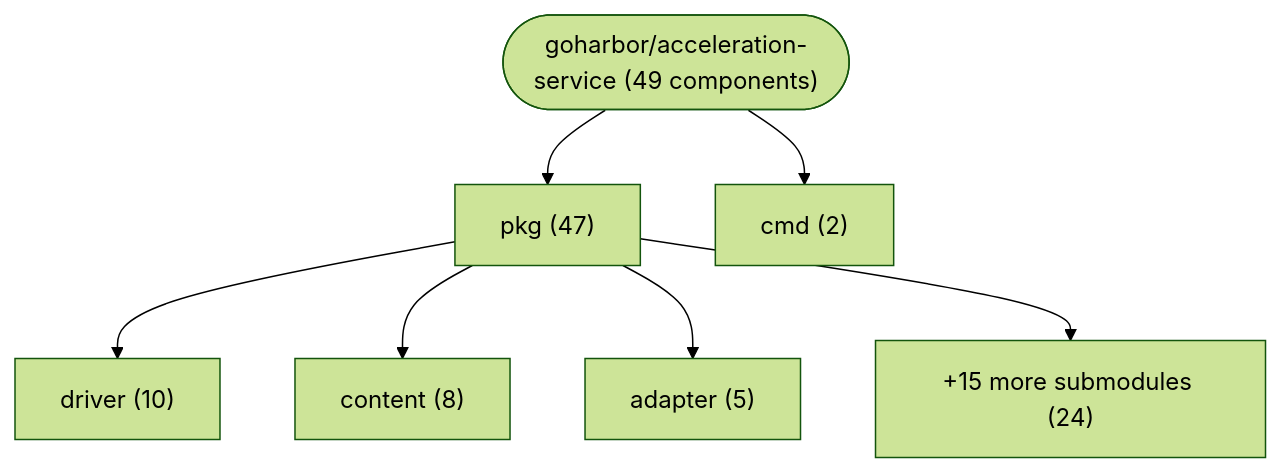
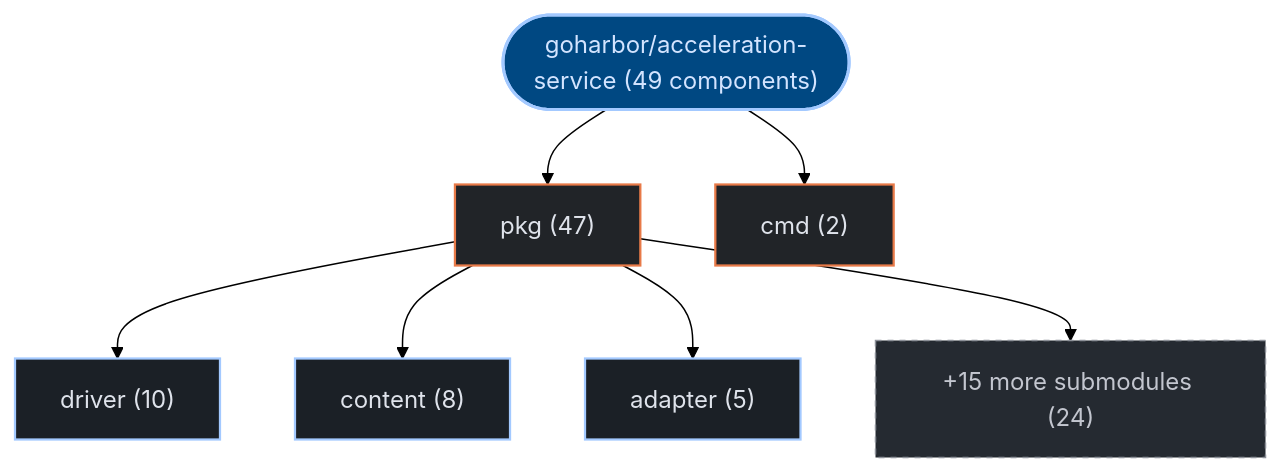
The first of 3 diagrams in exports/latest/reports/goharbor-acceleration-service-report.md (kumarshaz/atruss-code-atlas), drawn with Mermaid (forest theme) before and after one commit. The commit also changed other lines of this file and 331 other files, not shown here.

Commit message:
docs,ui,fix: update SDLC docs, reorder CI/CD DAG first, stylize Mermaid, and fix Arc42 pipeline topology

````diff
--- a/exports/latest/reports/goharbor-acceleration-service-report.md
+++ b/exports/latest/reports/goharbor-acceleration-service-report.md
@@ -42,16 +42,23 @@
 ```mermaid
 graph TD;
-    repo_root(["goharbor/acceleration-service (49 components)"])
-    dir_0_pkg["pkg (47)"]
+  classDef atlasRoot fill:#004882,stroke:#a3c9ff,stroke-width:2px,color:#d3e4ff
+  classDef atlasCategory fill:#212428,stroke:#E87A48,stroke-width:1.5px,color:#dfe3eb
+  classDef atlasWorkflow fill:#1b2026,stroke:#a3c9ff,stroke-width:1.5px,color:#dfe3eb
+  classDef atlasJob fill:#171c22,stroke:#8d9199,stroke-width:1px,color:#dfe3eb
+  classDef atlasTarget fill:#005227,stroke:#8bd99b,stroke-width:1.5px,color:#a7f6b6
+  classDef atlasAlert fill:#93000a,stroke:#ffb4ab,stroke-width:1.5px,color:#ffdad6
+  classDef atlasMore fill:#252a31,stroke:#8d9199,stroke-dasharray:4 4,color:#c3c6cf
+    repo_root(["goharbor/acceleration-service (49 components)"]):::atlasRoot
+    dir_0_pkg["pkg (47)"]:::atlasCategory
     repo_root --> dir_0_pkg
-    sub_0_0_driver["driver (10)"]
+    sub_0_0_driver["driver (10)"]:::atlasWorkflow
     dir_0_pkg --> sub_0_0_driver
-    sub_0_1_content["content (8)"]
+    sub_0_1_content["content (8)"]:::atlasWorkflow
     dir_0_pkg --> sub_0_1_content
-    sub_0_2_adapter["adapter (5)"]
+    sub_0_2_adapter["adapter (5)"]:::atlasWorkflow
     dir_0_pkg --> sub_0_2_adapter
-    sub_0_more["+15 more submodules (24)"]
+    sub_0_more["+15 more submodules (24)"]:::atlasMore
     dir_0_pkg --> sub_0_more
-    dir_1_cmd["cmd (2)"]
+    dir_1_cmd["cmd (2)"]:::atlasCategory
     repo_root --> dir_1_cmd
 ```
````
